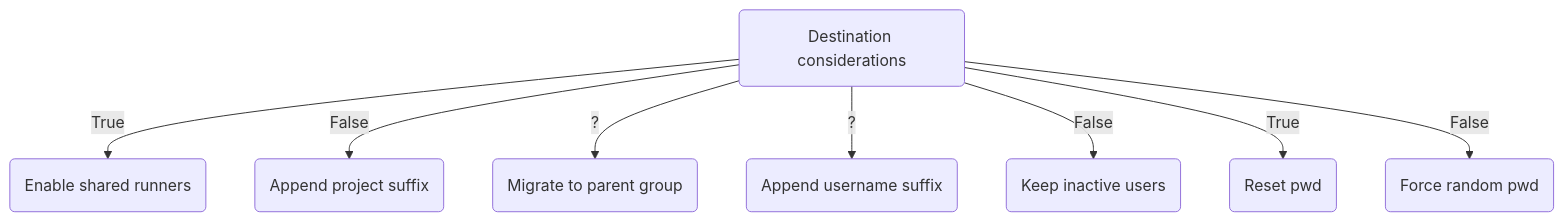
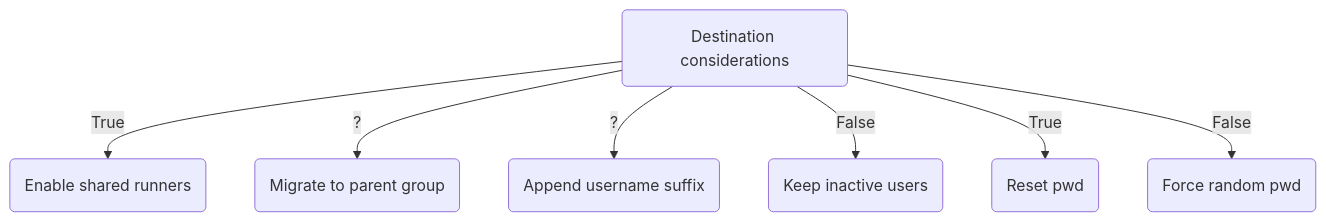
The second of 8 diagrams in docs/workflow.md (LINWEN607/congregate), drawn with Mermaid before and after one commit. The commit also changed other lines of this file and 4 other files, not shown here.

````diff
--- a/docs/workflow.md
+++ b/docs/workflow.md
@@ -42,10 +41,9 @@
 ``` mermaid
 graph TD
   A(Destination considerations) --> |True| B(Enable shared runners)
-  A --> |False| C(Append project suffix)
   A --> |?| D(Migrate to parent group)
   A --> |?| E(Append username suffix)
   A --> |False| F(Keep inactive users)
   A --> |True| G(Reset pwd)
   A --> |False| H(Force random pwd)
 ```
````
